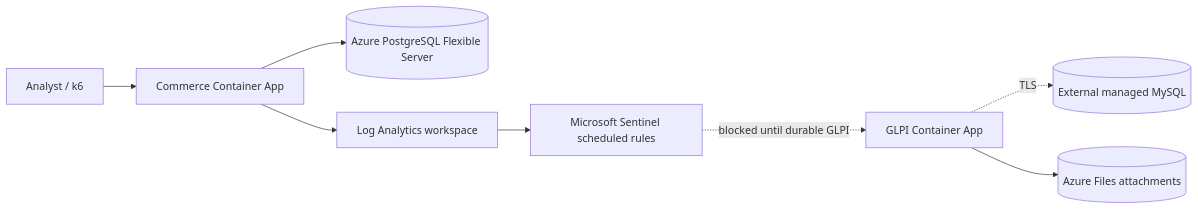
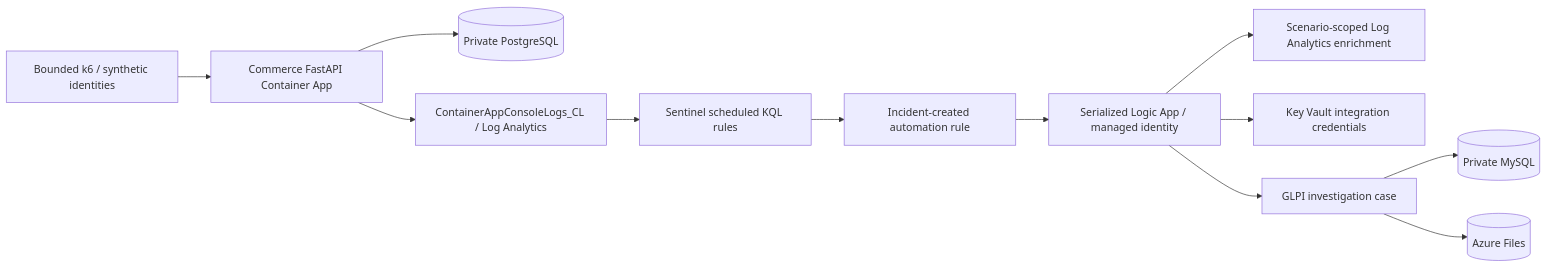
One commit to isaiah1701/secure-commerce-platform changed the diagram in docs/soc/architecture.md. Above: the diagram before and after it, drawn with Mermaid. The commit also changed other lines of this file and 73 other files, not shown here.

````diff
--- a/docs/soc/architecture.md
+++ b/docs/soc/architecture.md
@@ -3,10 +3,14 @@
 ```mermaid
 flowchart LR
-  U[Analyst / k6] --> C[Commerce Container App]
-  C --> P[(Azure PostgreSQL Flexible Server)]
-  C --> L[Log Analytics workspace]
-  L --> S[Microsoft Sentinel scheduled rules]
-  S -. blocked until durable GLPI .-> G[GLPI Container App]
-  G -. TLS .-> M[(External managed MySQL)]
-  G --> F[(Azure Files attachments)]
+  K[Bounded k6 / synthetic identities] --> C[Commerce FastAPI Container App]
+  C --> P[(Private PostgreSQL)]
+  C --> L[ContainerAppConsoleLogs_CL / Log Analytics]
+  L --> S[Sentinel scheduled KQL rules]
+  S --> A[Incident-created automation rule]
+  A --> W[Serialized Logic App / managed identity]
+  W --> Q[Scenario-scoped Log Analytics enrichment]
+  W --> V[Key Vault integration credentials]
+  W --> G[GLPI investigation case]
+  G --> M[(Private MySQL)]
+  G --> F[(Azure Files)]
 ```
````
